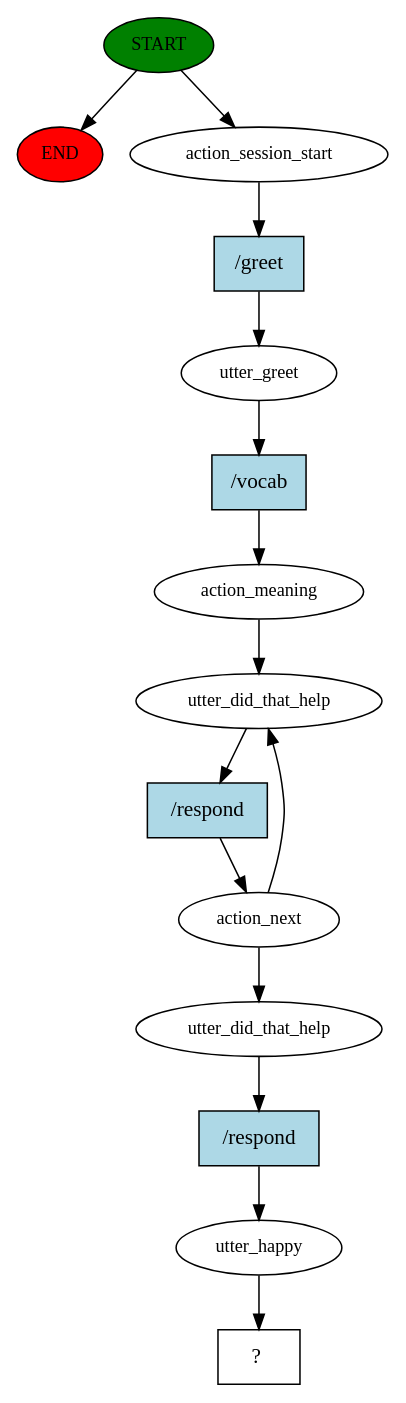
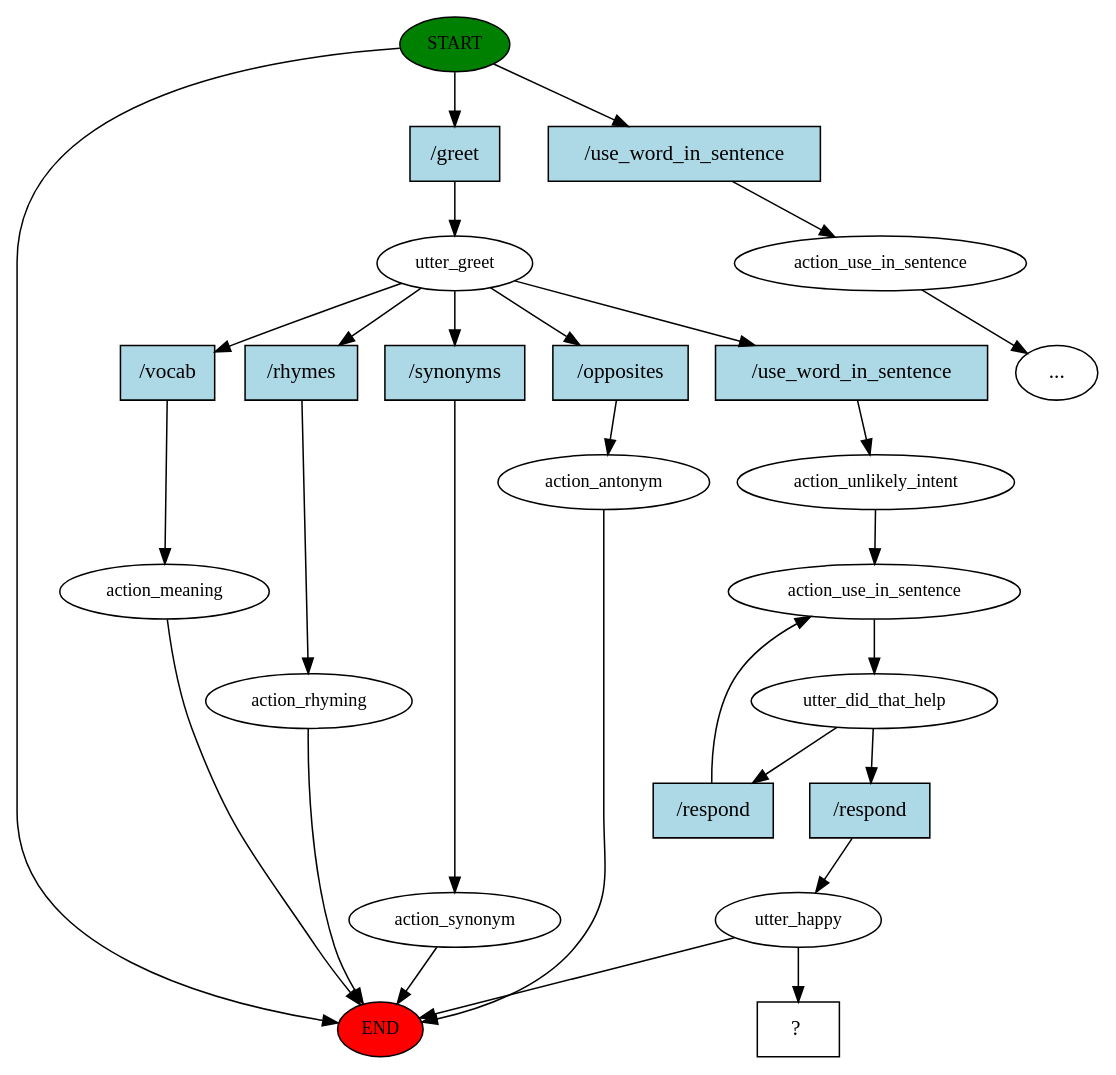
Before and after one commit to SockAndSandal/Quire_GrammarChatbot: the diagram in story_graph.dot, drawn with Graphviz. The commit also changed 6 other files, not shown here.

```diff
--- a/story_graph.dot
+++ b/story_graph.dot
@@ -1,30 +1,53 @@
 digraph  {
 0 [class="start active", fillcolor=green, fontsize=12, label=START, style=filled];
 "-1" [class=end, fillcolor=red, fontsize=12, label=END, style=filled];
-1 [class=active, fontsize=12, label=action_session_start];
-2 [class=active, fontsize=12, label=utter_greet];
-3 [class=active, fontsize=12, label=action_meaning];
-4 [class=active, fontsize=12, label=utter_did_that_help];
-5 [class=active, fontsize=12, label=action_next];
-10 [class=active, fontsize=12, label=utter_did_that_help];
-11 [class=active, fontsize=12, label=utter_happy];
-12 [class="intent dashed active", label="  ?  ", shape=rect];
-13 [class="intent active", fillcolor=lightblue, label="/greet", shape=rect, style=filled];
-14 [class="intent active", fillcolor=lightblue, label="/vocab", shape=rect, style=filled];
-15 [class="intent active", fillcolor=lightblue, label="/respond", shape=rect, style=filled];
-16 [class="intent active", fillcolor=lightblue, label="/respond", shape=rect, style=filled];
+1 [class=active, fontsize=12, label=utter_greet];
+2 [class="", fontsize=12, label=action_meaning];
+4 [class="", fontsize=12, label=action_rhyming];
+6 [class="", fontsize=12, label=action_synonym];
+8 [class="", fontsize=12, label=action_antonym];
+9 [class="", fontsize=12, label=action_use_in_sentence];
+"-3" [class=ellipsis, label="..."];
+11 [class=active, fontsize=12, label=action_unlikely_intent];
+12 [class=active, fontsize=12, label=action_use_in_sentence];
+13 [class=active, fontsize=12, label=utter_did_that_help];
+16 [class=active, fontsize=12, label=utter_happy];
+26 [class="intent dashed active", label="  ?  ", shape=rect];
+27 [class="intent active", fillcolor=lightblue, label="/greet", shape=rect, style=filled];
+28 [class=intent, fillcolor=lightblue, label="/use_word_in_sentence", shape=rect, style=filled];
+29 [class=intent, fillcolor=lightblue, label="/vocab", shape=rect, style=filled];
+30 [class=intent, fillcolor=lightblue, label="/rhymes", shape=rect, style=filled];
+31 [class=intent, fillcolor=lightblue, label="/synonyms", shape=rect, style=filled];
+32 [class=intent, fillcolor=lightblue, label="/opposites", shape=rect, style=filled];
+33 [class="intent active", fillcolor=lightblue, label="/use_word_in_sentence", shape=rect, style=filled];
+34 [class="intent active", fillcolor=lightblue, label="/respond", shape=rect, style=filled];
+35 [class="intent active", fillcolor=lightblue, label="/respond", shape=rect, style=filled];
 0 -> "-1"  [class="", key=NONE, label=""];
-0 -> 1  [class=active, key=NONE, label=""];
-1 -> 13  [class=active, key=0];
-2 -> 14  [class=active, key=0];
-3 -> 4  [class=active, key=NONE, label=""];
-4 -> 15  [class=active, key=0];
-5 -> 4  [class=active, key=NONE, label=""];
-5 -> 10  [class=active, key=NONE, label=""];
-10 -> 16  [class=active, key=0];
+0 -> 27  [class=active, key=0];
+0 -> 28  [class="", key=0];
+1 -> 29  [class="", key=0];
+1 -> 30  [class="", key=0];
+1 -> 31  [class="", key=0];
+1 -> 32  [class="", key=0];
+1 -> 33  [class=active, key=0];
+2 -> "-1"  [class="", key=NONE, label=""];
+4 -> "-1"  [class="", key=NONE, label=""];
+6 -> "-1"  [class="", key=NONE, label=""];
+8 -> "-1"  [class="", key=NONE, label=""];
+9 -> "-3"  [class="", key=NONE, label=""];
 11 -> 12  [class=active, key=NONE, label=""];
-13 -> 2  [class=active, key=0];
-14 -> 3  [class=active, key=0];
-15 -> 5  [class=active, key=0];
-16 -> 11  [class=active, key=0];
+12 -> 13  [class=active, key=NONE, label=""];
+13 -> 34  [class=active, key=0];
+13 -> 35  [class=active, key=0];
+16 -> "-1"  [class="", key=NONE, label=""];
+16 -> 26  [class=active, key=NONE, label=""];
+27 -> 1  [class=active, key=0];
+28 -> 9  [class="", key=0];
+29 -> 2  [class="", key=0];
+30 -> 4  [class="", key=0];
+31 -> 6  [class="", key=0];
+32 -> 8  [class="", key=0];
+33 -> 11  [class=active, key=0];
+34 -> 12  [class=active, key=0];
+35 -> 16  [class=active, key=0];
 }
```
